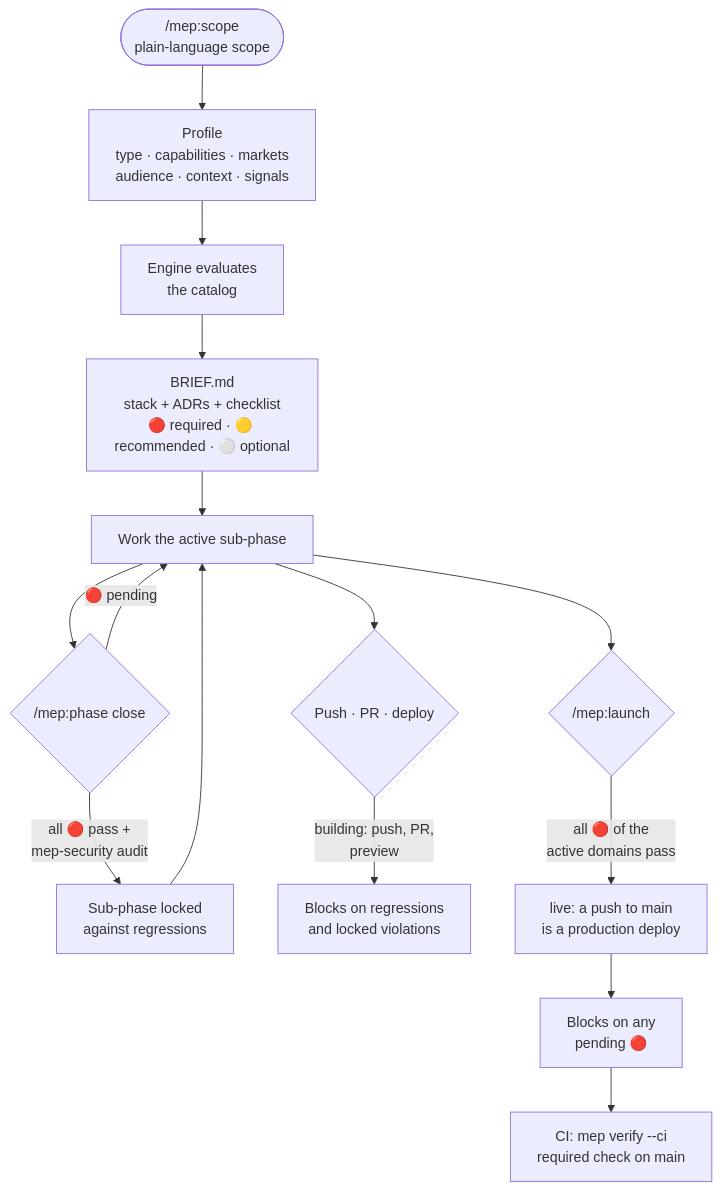
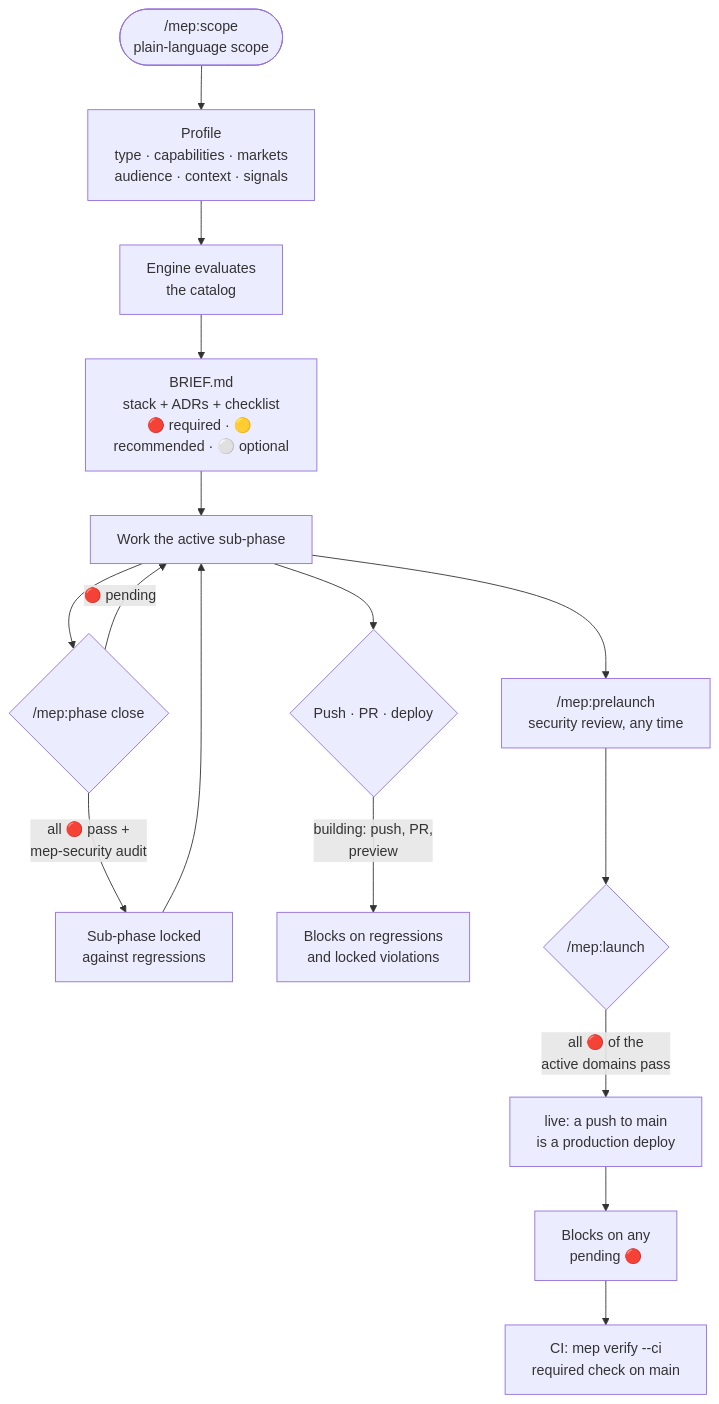
Before and after one commit to engelbertgm/Mise-en-place: the diagram in README.md, drawn with Mermaid. The commit also changed other lines of this file and 1 other file, not shown here.

First line of the commit message:
docs: README (en, es) reflects domains, stage and go-live, prelaunch review, panel and flow line, language rules, catalog numbers

````diff
--- a/README.md
+++ b/README.md
@@ -26,17 +26,18 @@
 ```mermaid
 flowchart TD
     U(["/mep:scope<br/>plain-language scope"]) --> P["Profile<br/>type · capabilities · markets<br/>audience · context · signals"]
     P --> E["Engine evaluates<br/>the catalog"]
     E --> B["BRIEF.md<br/>stack + ADRs + checklist<br/>🔴 required · 🟡 recommended · ⚪ optional"]
     B --> W["Work the active sub-phase"]
     W --> C{"/mep:phase close"}
     C -->|"🔴 pending"| W
     C -->|"all 🔴 pass +<br/>mep-security audit"| L["Sub-phase locked<br/>against regressions"]
     L --> W
     W --> D{"Push · PR · deploy"}
     D -->|"building: push, PR,<br/>preview"| G1["Blocks on regressions<br/>and locked violations"]
-    W --> LA{"/mep:launch"}
+    W --> PL["/mep:prelaunch<br/>security review, any time"]
+    PL --> LA{"/mep:launch"}
     LA -->|"all 🔴 of the<br/>active domains pass"| LIVE["live: a push to main<br/>is a production deploy"]
     LIVE --> G2["Blocks on any<br/>pending 🔴"]
     G2 --> CI["CI: mep verify --ci<br/>required check on main"]
 ```
````
